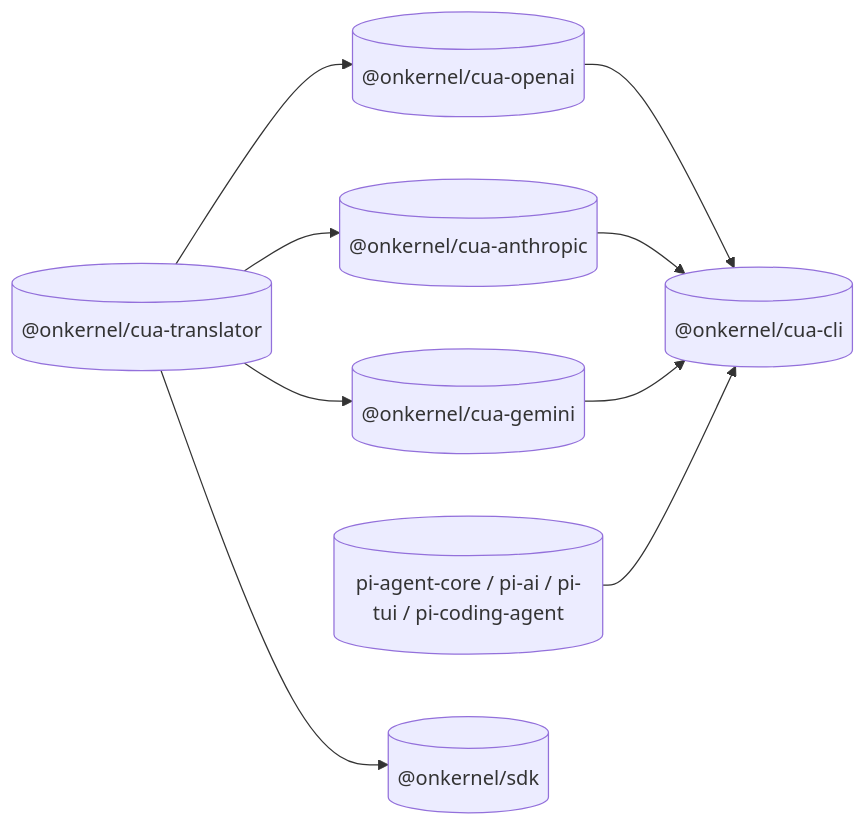
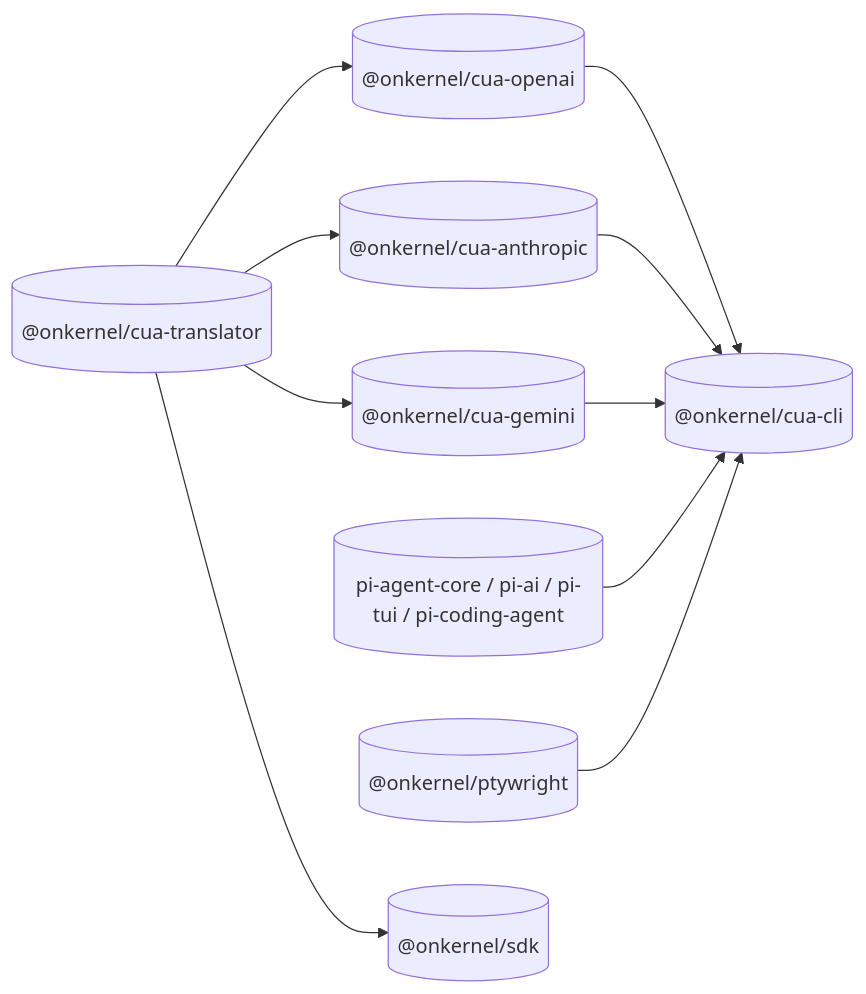
The first of 2 diagrams in docs/architecture.md (kernel/cua), drawn with Mermaid before and after one commit. The commit also changed other lines of this file and 1 other file, not shown here.

First line of the commit message:
Document architecture invariants and docs workflow

````diff
--- a/docs/architecture.md
+++ b/docs/architecture.md
@@ -27,18 +50,20 @@
 ```mermaid
 flowchart LR
   trans[("@onkernel/cua-translator")]
   oai[("@onkernel/cua-openai")]
   ant[("@onkernel/cua-anthropic")]
   gem[("@onkernel/cua-gemini")]
   cli[("@onkernel/cua-cli")]
+  pty[("@onkernel/ptywright")]
   pi[("pi-agent-core / pi-ai / pi-tui / pi-coding-agent")]
   sdk[("@onkernel/sdk")]
   trans --> oai
   trans --> ant
   trans --> gem
   trans --> sdk
   oai --> cli
   ant --> cli
   gem --> cli
   pi --> cli
+  pty --> cli
 ```
````
